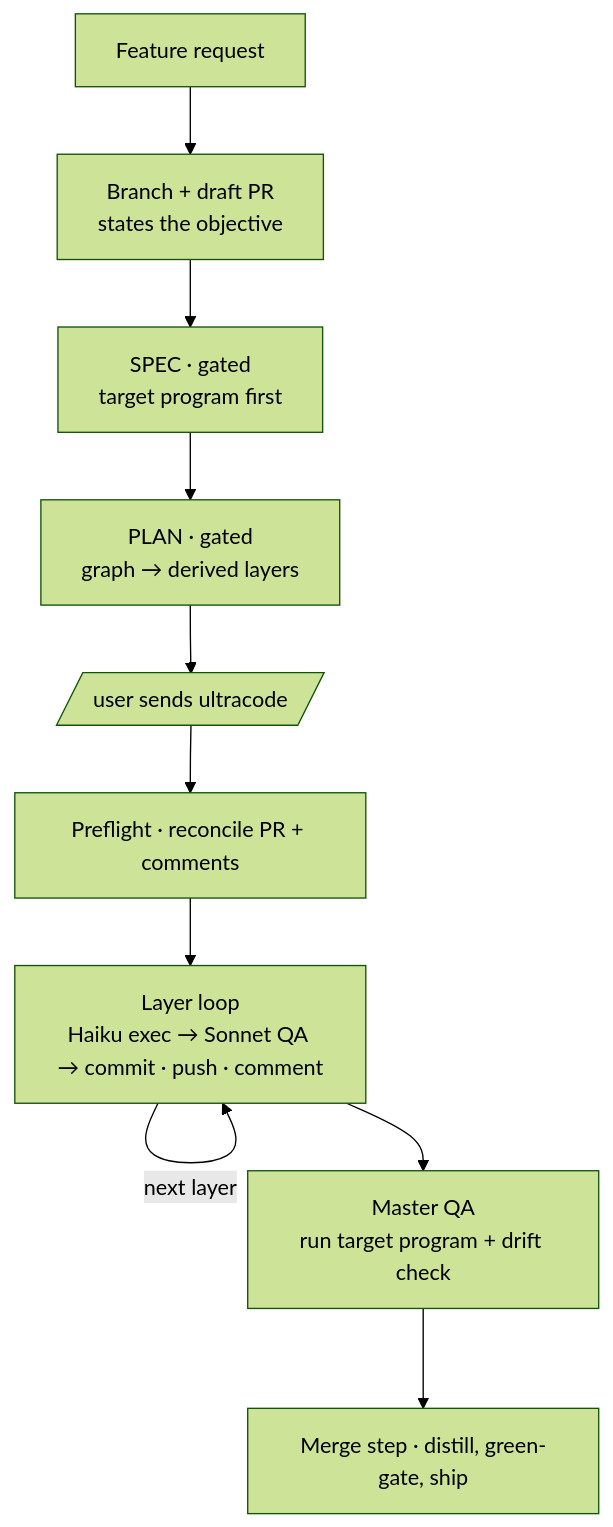
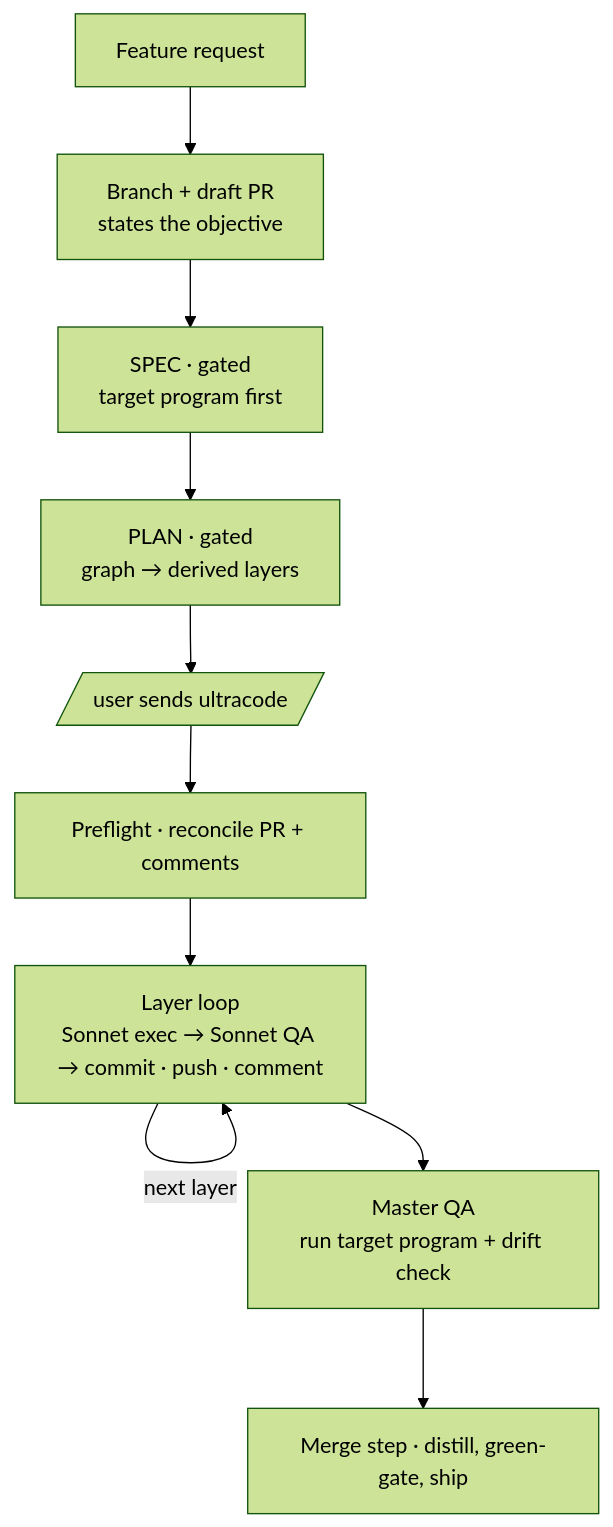
The diagram in .claude/product.md (outputty/claude-plugin), drawn with Mermaid (forest theme) before and after one commit. The commit also changed other lines of this file and 6 other files, not shown here.

First line of the commit message:
fix(build): remove Haiku entirely — Sonnet is the floor for every code-writing rung (0.11.0)

````diff
--- a/.claude/product.md
+++ b/.claude/product.md
@@ -106,12 +109,12 @@
 ```mermaid
 flowchart TD
   A[Feature request] --> B[Branch + draft PR<br/>states the objective]
   B --> S[SPEC · gated<br/>target program first]
   S --> P[PLAN · gated<br/>graph → derived layers]
   P --> U[/user sends ultracode/]
   U --> F[Preflight · reconcile PR + comments]
-  F --> L[Layer loop<br/>Haiku exec → Sonnet QA → commit · push · comment]
+  F --> L[Layer loop<br/>Sonnet exec → Sonnet QA → commit · push · comment]
   L -->|next layer| L
   L --> M[Master QA<br/>run target program + drift check]
   M --> G[Merge step · distill, green-gate, ship]
 ```
````
